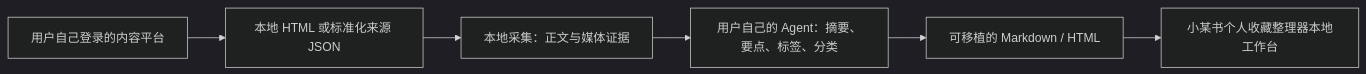
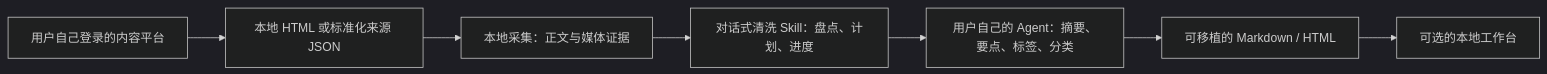
The first of 2 diagrams in README.md (Raymond711xl/The-R-Book-Personal-Favorites-Organizer), drawn with Mermaid (dark theme) before and after one commit. The commit also changed other lines of this file and 21 other files, not shown here.

````diff
--- a/README.md
+++ b/README.md
@@ -60,8 +60,9 @@
 ```mermaid
 flowchart LR
     A["用户自己登录的内容平台"] --> B["本地 HTML 或标准化来源 JSON"]
     B --> C["本地采集：正文与媒体证据"]
-    C --> D["用户自己的 Agent：摘要、要点、标签、分类"]
-    D --> E["可移植的 Markdown / HTML"]
-    E --> F["小某书个人收藏整理器本地工作台"]
+    C --> D["对话式清洗 Skill：盘点、计划、进度"]
+    D --> E["用户自己的 Agent：摘要、要点、标签、分类"]
+    E --> F["可移植的 Markdown / HTML"]
+    F --> G["可选的本地工作台"]
 ```
````
